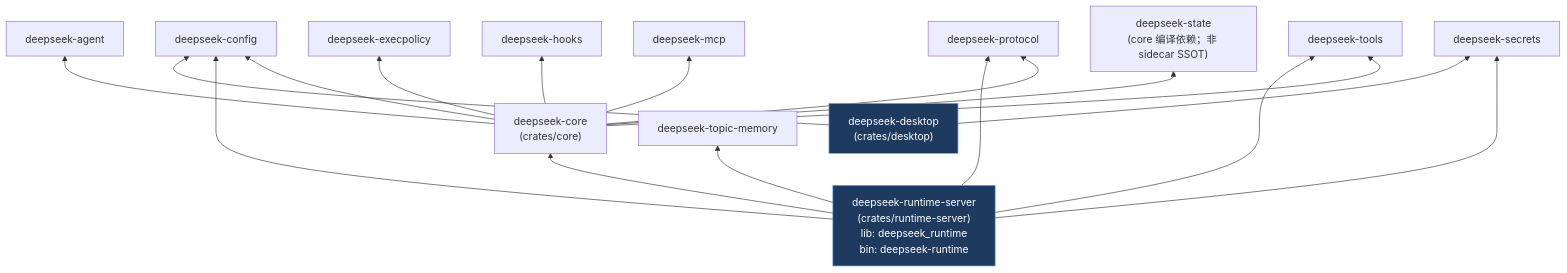
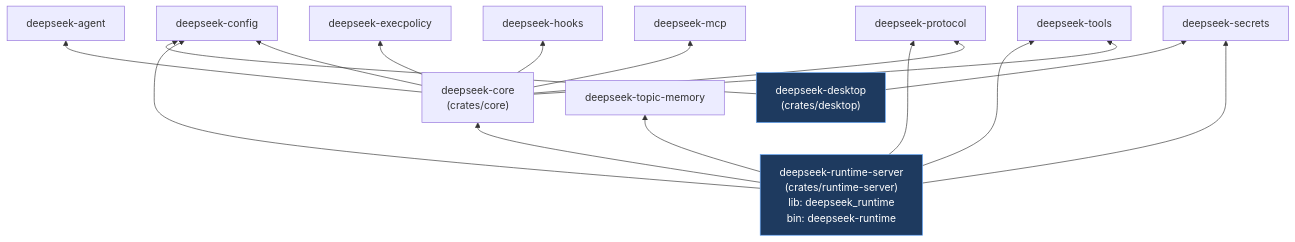
Before and after one commit to didclawapp-ai/zagens: the third of 5 diagrams in docs/tech/RUNTIME_ARCHITECTURE.md, drawn with Mermaid. The commit also changed other lines of this file and 29 other files, not shown here.

First line of the commit message:
refactor(arch): D15 final architecture convergence for Desktop-only SSOT

````diff
--- a/docs/tech/RUNTIME_ARCHITECTURE.md
+++ b/docs/tech/RUNTIME_ARCHITECTURE.md
@@ -214,38 +214,36 @@
 ```mermaid
 flowchart BT
     DESK["deepseek-desktop<br/>(crates/desktop)"]
     RT["deepseek-runtime-server<br/>(crates/runtime-server)<br/>lib: deepseek_runtime<br/>bin: deepseek-runtime"]
     CORE["deepseek-core<br/>(crates/core)"]
     TM["deepseek-topic-memory"]
     PROTO["deepseek-protocol"]
     CFG["deepseek-config"]
     SEC["deepseek-secrets"]
     TOOLS["deepseek-tools"]
     AGENT["deepseek-agent"]
     EXEC["deepseek-execpolicy"]
     HOOKS["deepseek-hooks"]
     MCP["deepseek-mcp"]
-    STATE["deepseek-state<br/>(core 编译依赖；非 sidecar SSOT)"]
 
     DESK --> CFG
     DESK --> SEC
 
     RT --> CORE
     RT --> CFG
     RT --> SEC
     RT --> PROTO
     RT --> TOOLS
     RT --> TM
 
     CORE --> AGENT
     CORE --> CFG
     CORE --> EXEC
     CORE --> HOOKS
     CORE --> MCP
     CORE --> PROTO
-    CORE --> STATE
     CORE --> TOOLS
 
     classDef product fill:#1e3a5f,stroke:#60a5fa,color:#fff
     class DESK,RT product
 ```
````
